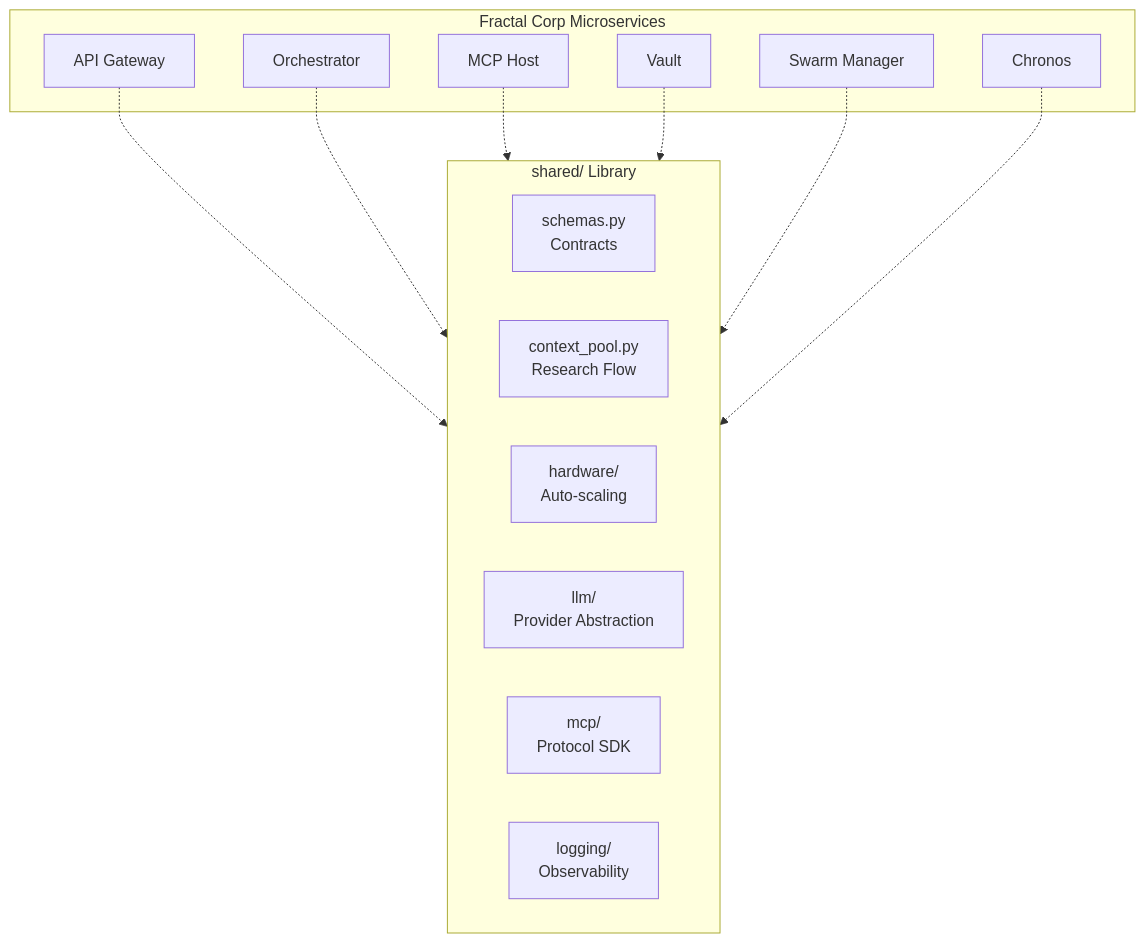
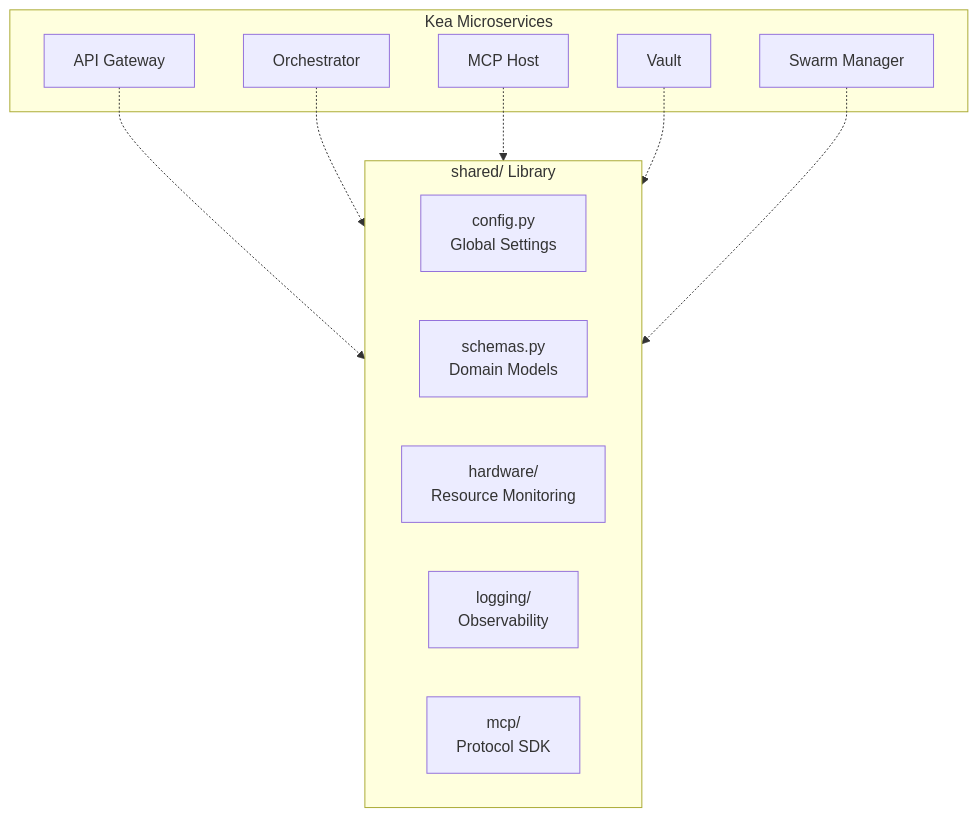
One commit to azzindani/Kea changed the diagram in shared/README.md. Above: the diagram before and after it, drawn with Mermaid. The commit also changed other lines of this file and 13 other files, not shown here.

````diff
--- a/shared/README.md
+++ b/shared/README.md
@@ -11,27 +22,24 @@
 ```mermaid
 graph TD
-    subgraph Services [Fractal Corp Microservices]
+    subgraph Services [Kea Microservices]
         Gateway[API Gateway]
         Orch[Orchestrator]
         Host[MCP Host]
         Vault[Vault]
-        Swarm[Swarm Manager]
-        Chronos[Chronos]
+        Manager[Swarm Manager]
     end
 
     subgraph Shared [shared/ Library]
-        Schemas[schemas.py<br/>Contracts]
-        Context[context_pool.py<br/>Research Flow]
-        Hardware[hardware/<br/>Auto-scaling]
-        LLM[llm/<br/>Provider Abstraction]
+        Config[config.py<br/>Global Settings]
+        Schemas[schemas.py<br/>Domain Models]
+        Hardware[hardware/<br/>Resource Monitoring]
+        Logging[logging/<br/>Observability]
         MCP[mcp/<br/>Protocol SDK]
-        Logging[logging/<br/>Observability]
     end
 
     Gateway -.-> Shared
     Orch -.-> Shared
     Host -.-> Shared
     Vault -.-> Shared
-    Swarm -.-> Shared
-    Chronos -.-> Shared
+    Manager -.-> Shared
 ```
````
